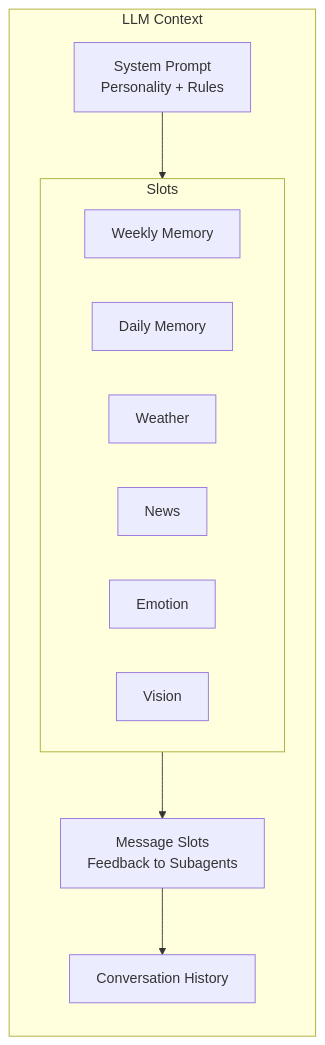
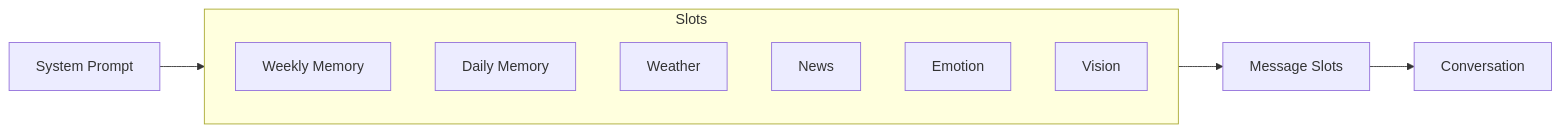
The second of 3 diagrams in README.md (salmanzee-dev/Personality_Core_GLaDOS), drawn with Mermaid before and after one commit. The commit also changed 1 other file, not shown here.

Commit message:
Add thinking tag extraction for reasoning models
Supports streaming extraction for:
- Standard format: <think>...</think> (Qwen3, GLM-4.7, MiniMax M2.1, DeepSeek)
- Harmony format: <|channel|>analysis/final (GPT-OSS-120B)

Auto-detects format during streaming. Thinking content is logged for
debugging but hidden from TTS output. Works with vLLM which exposes
reasoning_content as a separate field.

Also updates README diagrams for clarity.

````diff
--- a/README.md
+++ b/README.md
@@ -82,21 +82,13 @@
 ```mermaid
-flowchart TB
-    subgraph Context["LLM Context"]
-        direction TB
-        sys[System Prompt<br/>Personality + Rules]
+flowchart LR
+    sys[System Prompt] --> Slots --> feedback[Message Slots] --> conv[Conversation]
 
-        subgraph Slots["Slots"]
-            weekly[Weekly Memory]
-            daily[Daily Memory]
-            weather[Weather]
-            news[News]
-            emotion[Emotion]
-            vision[Vision]
-        end
-
-        feedback[Message Slots<br/>Feedback to Subagents]
-        conv[Conversation History]
+    subgraph Slots
+        weekly[Weekly Memory]
+        daily[Daily Memory]
+        weather[Weather]
+        news[News]
+        emotion[Emotion]
+        vision[Vision]
     end
-
-    sys --> Slots --> feedback --> conv
 ```
````
